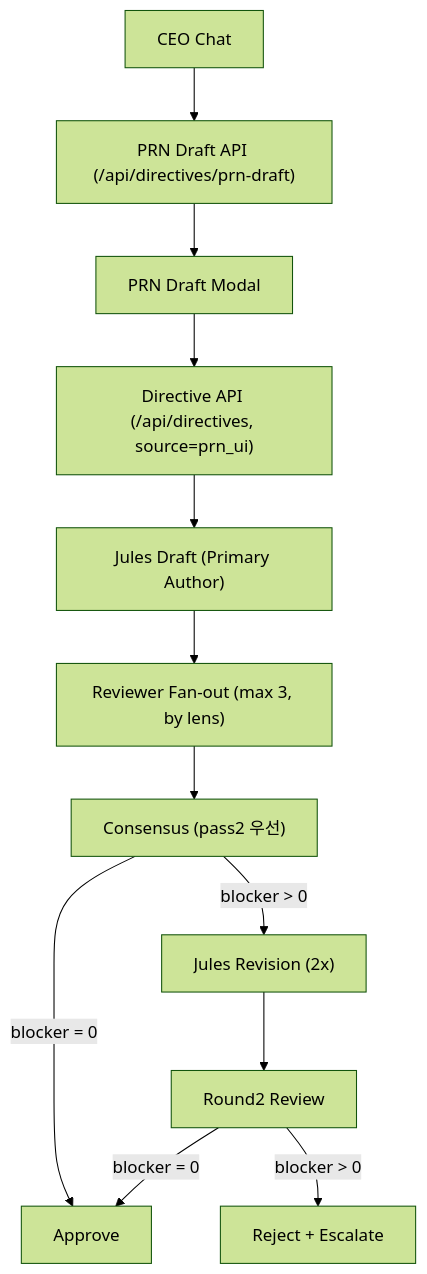
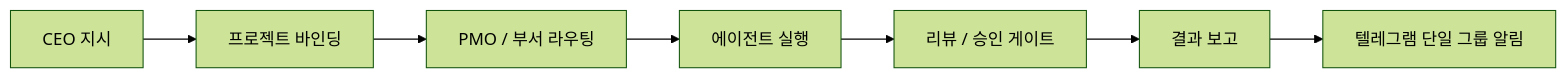
The diagram in README.md (sheryloe/DonggriCompany), drawn with Mermaid (forest theme) before and after one commit. The commit also changed other lines of this file and 129 other files, not shown here.

````diff
--- a/README.md
+++ b/README.md
@@ -15,14 +7,9 @@
 ```mermaid
-flowchart TD
-  A["CEO Chat"] --> B["PRN Draft API (/api/directives/prn-draft)"]
-  B --> C["PRN Draft Modal"]
-  C --> D["Directive API (/api/directives, source=prn_ui)"]
-  D --> E["Jules Draft (Primary Author)"]
-  E --> F["Reviewer Fan-out (max 3, by lens)"]
-  F --> G["Consensus (pass2 우선)"]
-  G -->|"blocker = 0"| H["Approve"]
-  G -->|"blocker > 0"| I["Jules Revision (2x)"]
-  I --> J["Round2 Review"]
-  J -->|"blocker = 0"| H
-  J -->|"blocker > 0"| K["Reject + Escalate"]
+flowchart LR
+  A["CEO 지시"] --> B["프로젝트 바인딩"]
+  B --> C["PMO / 부서 라우팅"]
+  C --> D["에이전트 실행"]
+  D --> E["리뷰 / 승인 게이트"]
+  E --> F["결과 보고"]
+  F --> G["텔레그램 단일 그룹 알림"]
 ```
````
